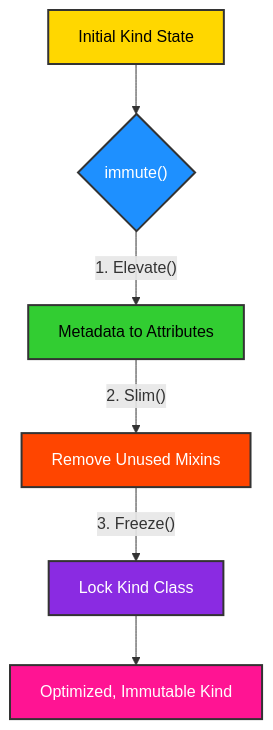
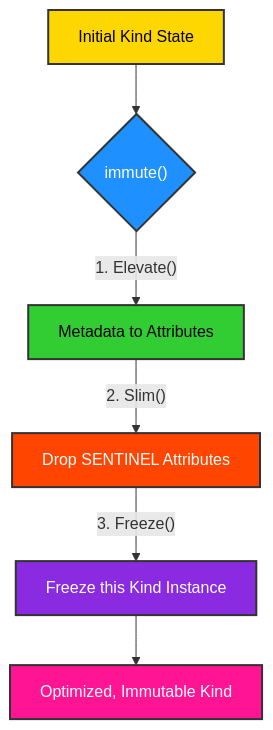
Diagram 11 of 13 in docs/topics/8_api_highlights/index.md (ikko/kind), drawn with Mermaid before and after one commit. The commit also changed other lines of this file and 62 other files, not shown here.

````diff
--- a/docs/topics/8_api_highlights/index.md
+++ b/docs/topics/8_api_highlights/index.md
@@ -627,15 +614,15 @@
 ```mermaid
 graph TD
     A[Initial Kind State] --> B{immute#40;#41;};
     B -- "1. Elevate()" --> C[Metadata to Attributes];
-    C -- "2. Slim()" --> D[Remove Unused Mixins];
-    D -- "3. Freeze()" --> E[Lock Kind Class];
+    C -- "2. Slim()" --> D[Drop SENTINEL Attributes];
+    D -- "3. Freeze()" --> E[Freeze this Kind Instance];
     E --> F[Optimized, Immutable Kind];
 
     style A fill:#FFD700,stroke:#333,stroke-width:2px,color:#000000;
     style B fill:#1E90FF,stroke:#333,stroke-width:2px,color:#FFFFFF;
     style C fill:#32CD32,stroke:#333,stroke-width:2px,color:#000000;
     style D fill:#FF4500,stroke:#333,stroke-width:2px,color:#FFFFFF;
     style E fill:#8A2BE2,stroke:#333,stroke-width:2px,color:#FFFFFF;
     style F fill:#FF1493,stroke:#333,stroke-width:2px,color:#FFFFFF;
 ```
````
